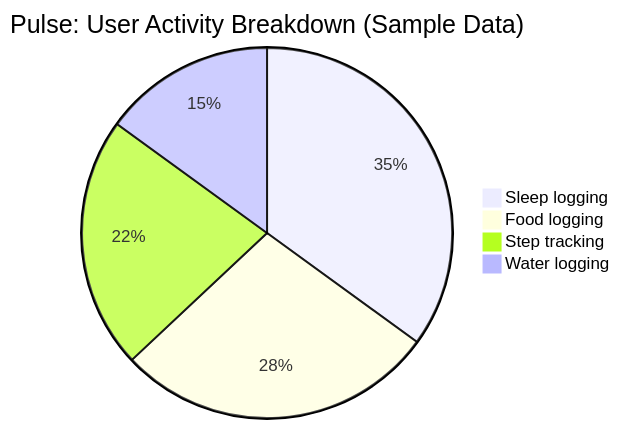
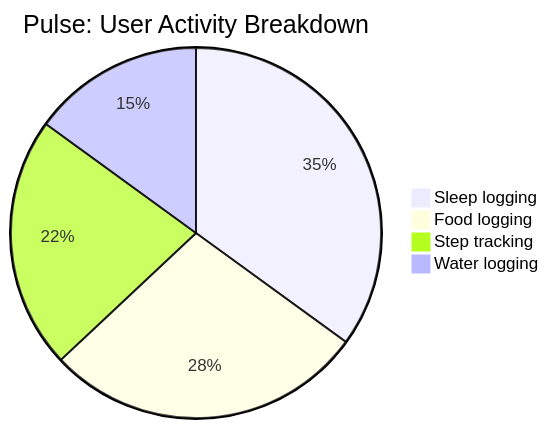
The first of 5 diagrams in artifacts/examples/mermaid-examples.md (gorvis/book-pm-management), drawn with Mermaid before and after one commit.

Commit message:
Update pie chart title in mermaid examples

````diff
--- a/artifacts/examples/mermaid-examples.md
+++ b/artifacts/examples/mermaid-examples.md
@@ -7,7 +7,7 @@
 ```mermaid
-pie title Pulse: User Activity Breakdown (Sample Data)
+pie title Pulse: User Activity Breakdown
     "Sleep logging" : 35
     "Food logging" : 28
     "Step tracking" : 22
     "Water logging" : 15
 ```
````
